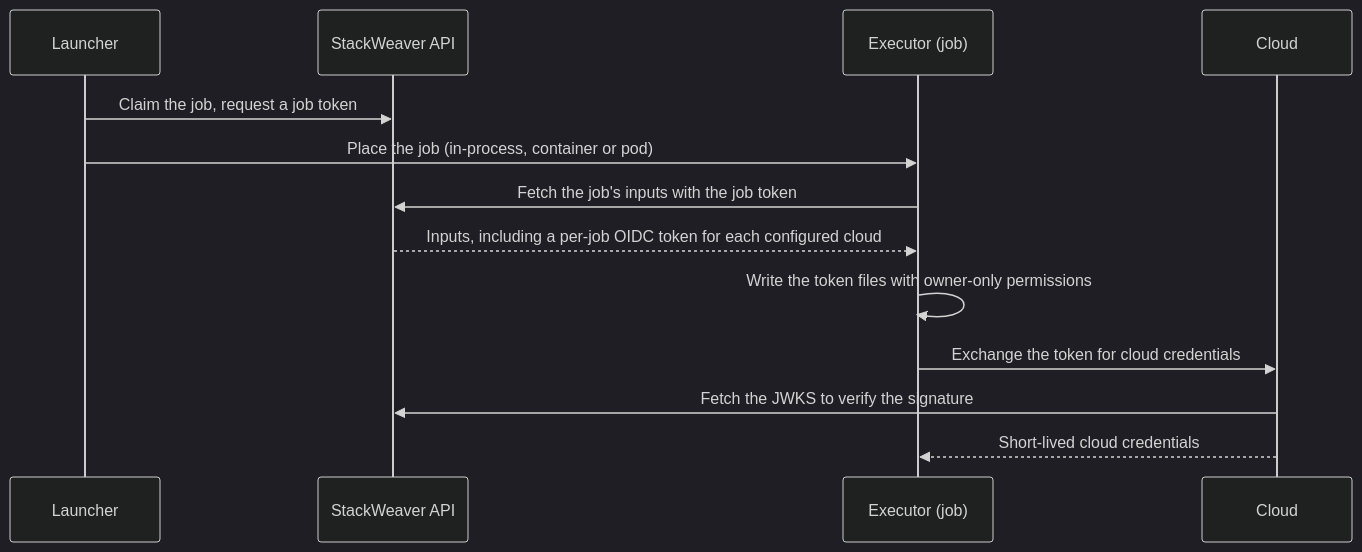
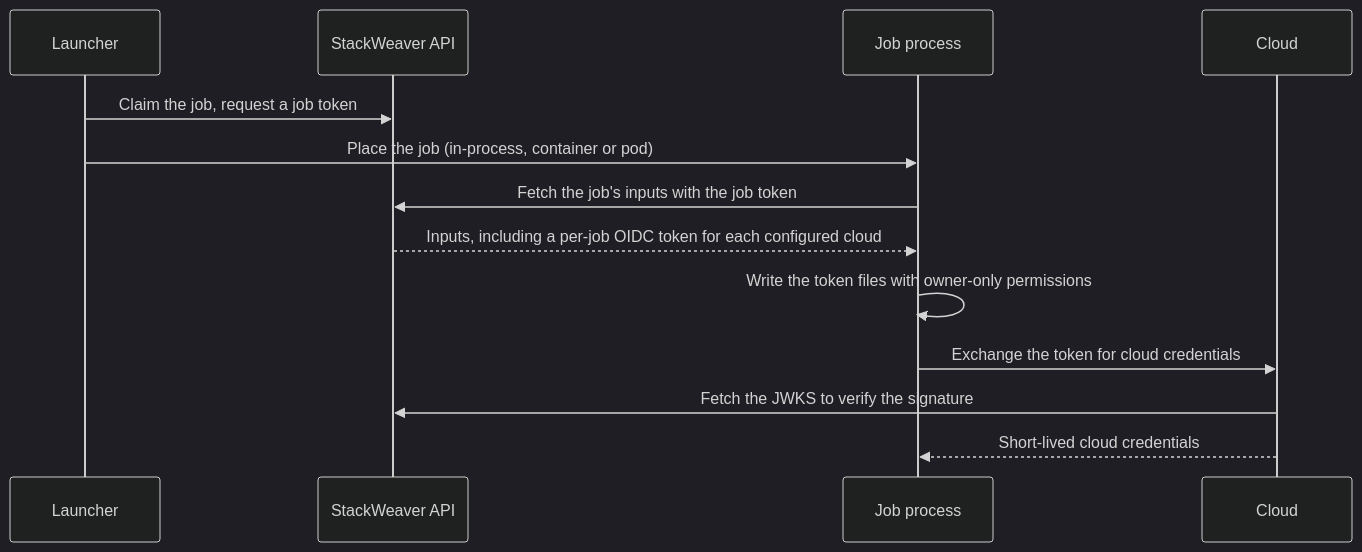
One commit to vhco-pro/stackweaver-frontend changed the diagram in docs/user-guides/workload-identity.md. Above: the diagram before and after it, drawn with Mermaid (dark theme). The commit also changed other lines of this file and 100 other files, not shown here.

````diff
--- a/docs/user-guides/workload-identity.md
+++ b/docs/user-guides/workload-identity.md
@@ -22,16 +22,16 @@
 ```mermaid
 sequenceDiagram
     participant Launcher
     participant API as StackWeaver API
-    participant Executor as Executor (job)
+    participant Job as Job process
     participant Cloud
 
     Launcher->>API: Claim the job, request a job token
-    Launcher->>Executor: Place the job (in-process, container or pod)
-    Executor->>API: Fetch the job's inputs with the job token
-    API-->>Executor: Inputs, including a per-job OIDC token for each configured cloud
-    Executor->>Executor: Write the token files with owner-only permissions
-    Executor->>Cloud: Exchange the token for cloud credentials
+    Launcher->>Job: Place the job (in-process, container or pod)
+    Job->>API: Fetch the job's inputs with the job token
+    API-->>Job: Inputs, including a per-job OIDC token for each configured cloud
+    Job->>Job: Write the token files with owner-only permissions
+    Job->>Cloud: Exchange the token for cloud credentials
     Cloud->>API: Fetch the JWKS to verify the signature
-    Cloud-->>Executor: Short-lived cloud credentials
+    Cloud-->>Job: Short-lived cloud credentials
 ```
````
